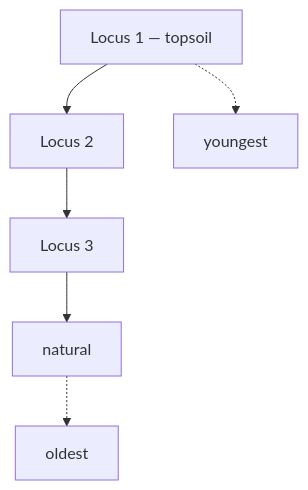
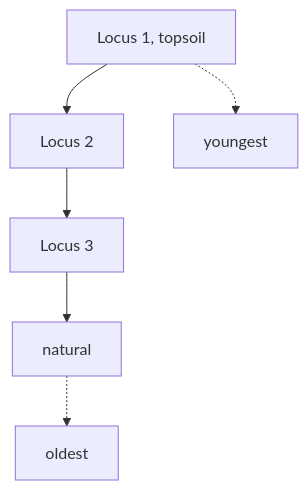
Before and after one commit to jennarbates/StratigraphyGenerator: the diagram in docs/archaeology/law-of-superposition.md, drawn with Mermaid. The commit also changed other lines of this file and 309 other files, not shown here.

````diff
--- a/docs/archaeology/law-of-superposition.md
+++ b/docs/archaeology/law-of-superposition.md
@@ -42,8 +42,8 @@
 ```mermaid
 flowchart TB
-  A["Locus 1 — topsoil"] --> B["Locus 2"]
+  A["Locus 1, topsoil"] --> B["Locus 2"]
   B --> C["Locus 3"]
   C --> D["natural"]
   A -.-> Y["youngest"]
   D -.-> O["oldest"]
 ```
````
